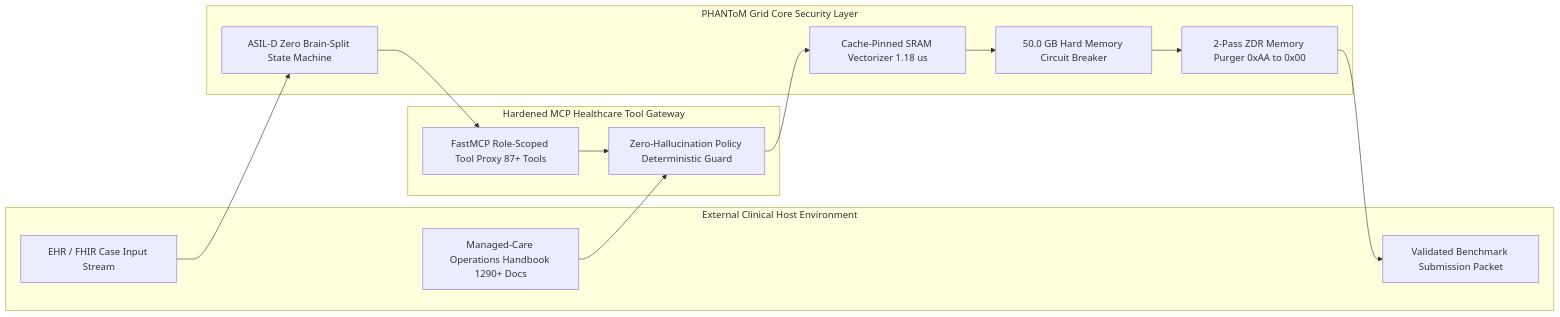
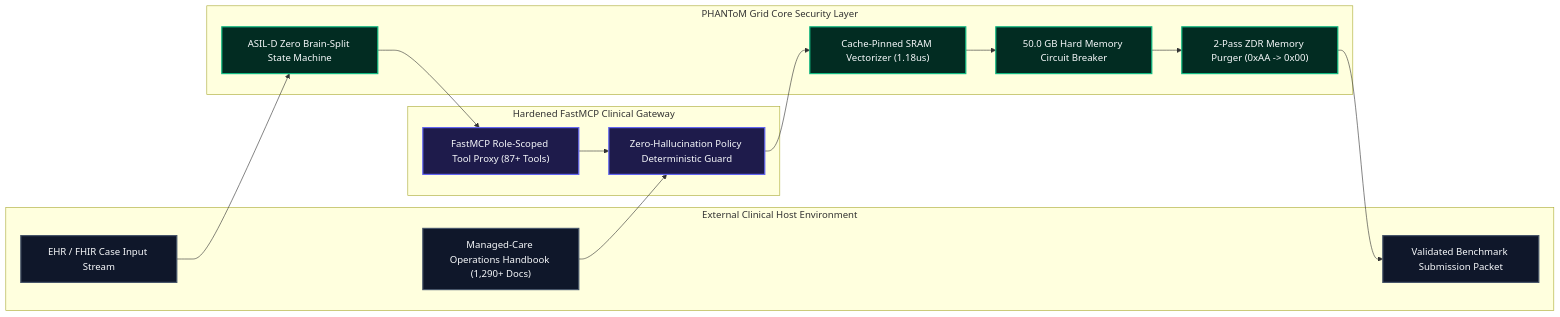
The fifth of 5 diagrams in 01_Specs/SPEC_CHI_BENCH_HEALTHCARE_AGENT.md (jackhu24-ship-it/phantom-grid-chi-bench), drawn with Mermaid before and after one commit. The commit also changed other lines of this file and 15 other files, not shown here.

Commit message:
feat(specs): add clinical decision flowchart and high-res vector diagram dual-track fallbacks

````diff
--- a/01_Specs/SPEC_CHI_BENCH_HEALTHCARE_AGENT.md
+++ b/01_Specs/SPEC_CHI_BENCH_HEALTHCARE_AGENT.md
@@ -127,26 +218,31 @@
 ```mermaid
 flowchart LR
+    classDef host fill:#0f172a,stroke:#475569,stroke-width:2px,color:#f8fafc;
+    classDef gate fill:#1e1b4b,stroke:#6366f1,stroke-width:2px,color:#f8fafc;
+    classDef core fill:#022c22,stroke:#10b981,stroke-width:2px,color:#f8fafc;
+
     subgraph HostEnv ["External Clinical Host Environment"]
-        EHRStream["EHR / FHIR Case Input Stream"]
-        Handbook["Managed-Care Operations Handbook 1290+ Docs"]
-        OutputPacket["Validated Benchmark Submission Packet"]
+        EHRStream["EHR / FHIR Case Input Stream"]:::host
+        Handbook["Managed-Care Operations Handbook (1,290+ Docs)"]:::host
+        OutputPacket["Validated Benchmark Submission Packet"]:::host
     end
-    subgraph HardenedGateway ["Hardened MCP Healthcare Tool Gateway"]
-        MCPProxy["FastMCP Role-Scoped Tool Proxy 87+ Tools"]
-        PolicyFilter["Zero-Hallucination Policy Deterministic Guard"]
+    subgraph HardenedGateway ["Hardened FastMCP Clinical Gateway"]
+        MCPProxy["FastMCP Role-Scoped Tool Proxy (87+ Tools)"]:::gate
+        PolicyFilter["Zero-Hallucination Policy Deterministic Guard"]:::gate
     end
     subgraph SovereignShield ["PHANToM Grid Core Security Layer"]
-        ASILD["ASIL-D Zero Brain-Split State Machine"]
-        SRAMKernel["Cache-Pinned SRAM Vectorizer 1.18 us"]
-        VRAMBreaker["50.0 GB Hard Memory Circuit Breaker"]
-        ZDRDestructor["2-Pass ZDR Memory Purger 0xAA to 0x00"]
+        ASILD["ASIL-D Zero Brain-Split State Machine"]:::core
+        SRAMKernel["Cache-Pinned SRAM Vectorizer (1.18us)"]:::core
+        VRAMBreaker["50.0 GB Hard Memory Circuit Breaker"]:::core
+        ZDRDestructor["2-Pass ZDR Memory Purger (0xAA -> 0x00)"]:::core
     end
+
     EHRStream --> ASILD
     Handbook --> PolicyFilter
     ASILD --> MCPProxy
     MCPProxy --> PolicyFilter
     PolicyFilter --> SRAMKernel
     SRAMKernel --> VRAMBreaker
     VRAMBreaker --> ZDRDestructor
     ZDRDestructor --> OutputPacket
 ```
````
